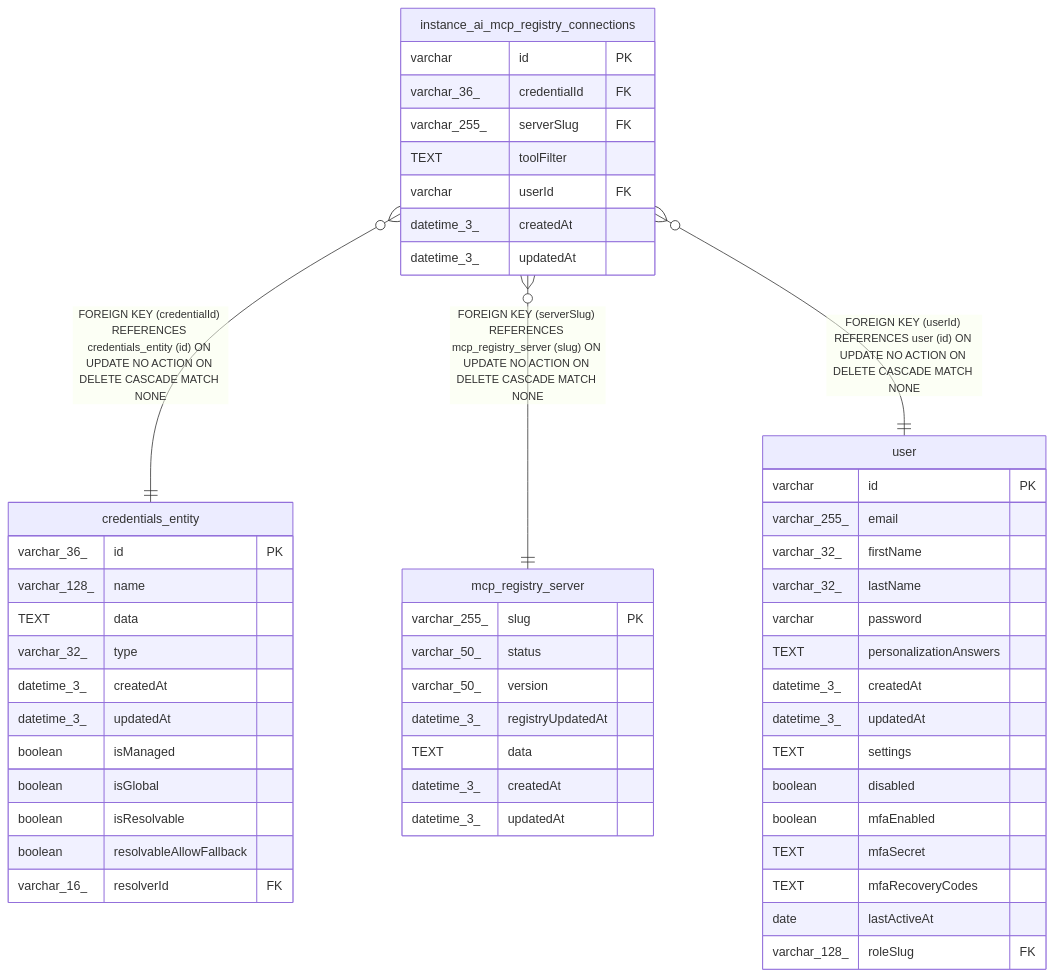
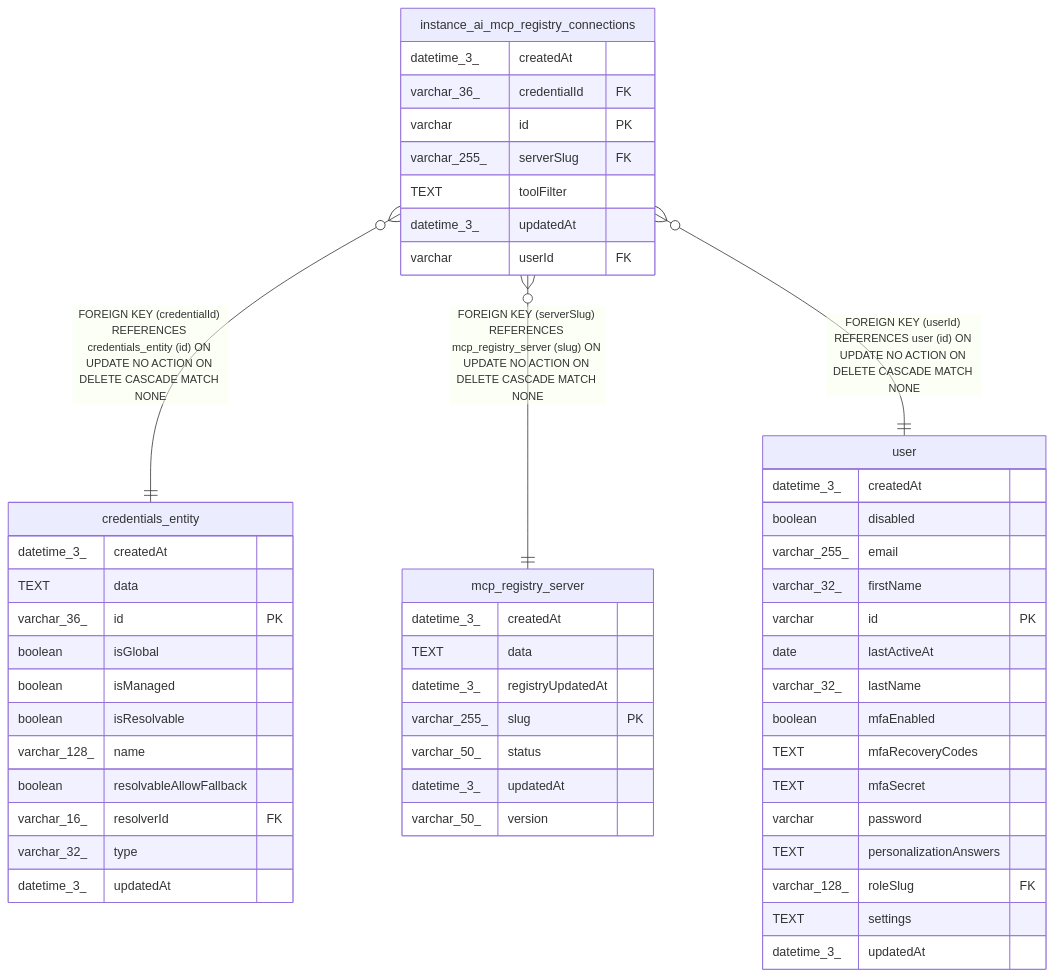
One commit to mayankjain1815-commits/n8n changed the diagram in docs/generated/sqlite-schema/instance_ai_mcp_registry_connections.md. Above: the diagram before and after it, drawn with Mermaid. The commit also changed other lines of this file and 221 other files, not shown here.

Commit message:
chore(core): Make DB schema docs generation deterministic (#32373)

````diff
--- a/docs/generated/sqlite-schema/instance_ai_mcp_registry_connections.md
+++ b/docs/generated/sqlite-schema/instance_ai_mcp_registry_connections.md
@@ -45,56 +45,56 @@
 ```mermaid
 erDiagram
 
 "instance_ai_mcp_registry_connections" }o--|| "credentials_entity" : "FOREIGN KEY (credentialId) REFERENCES credentials_entity (id) ON UPDATE NO ACTION ON DELETE CASCADE MATCH NONE"
 "instance_ai_mcp_registry_connections" }o--|| "mcp_registry_server" : "FOREIGN KEY (serverSlug) REFERENCES mcp_registry_server (slug) ON UPDATE NO ACTION ON DELETE CASCADE MATCH NONE"
 "instance_ai_mcp_registry_connections" }o--|| "user" : "FOREIGN KEY (userId) REFERENCES user (id) ON UPDATE NO ACTION ON DELETE CASCADE MATCH NONE"
 
 "instance_ai_mcp_registry_connections" {
+  datetime_3_ createdAt
+  varchar_36_ credentialId FK
   varchar id PK
-  varchar_36_ credentialId FK
   varchar_255_ serverSlug FK
   TEXT toolFilter
+  datetime_3_ updatedAt
   varchar userId FK
+}
+"credentials_entity" {
   datetime_3_ createdAt
+  TEXT data
+  varchar_36_ id PK
+  boolean isGlobal
+  boolean isManaged
+  boolean isResolvable
+  varchar_128_ name
+  boolean resolvableAllowFallback
+  varchar_16_ resolverId FK
+  varchar_32_ type
   datetime_3_ updatedAt
 }
-"credentials_entity" {
-  varchar_36_ id PK
-  varchar_128_ name
+"mcp_registry_server" {
+  datetime_3_ createdAt
   TEXT data
-  varchar_32_ type
-  datetime_3_ createdAt
-  datetime_3_ updatedAt
-  boolean isManaged
-  boolean isGlobal
-  boolean isResolvable
-  boolean resolvableAllowFallback
-  varchar_16_ resolverId FK
-}
-"mcp_registry_server" {
+  datetime_3_ registryUpdatedAt
   varchar_255_ slug PK
   varchar_50_ status
+  datetime_3_ updatedAt
   varchar_50_ version
-  datetime_3_ registryUpdatedAt
-  TEXT data
+}
+"user" {
   datetime_3_ createdAt
+  boolean disabled
+  varchar_255_ email
+  varchar_32_ firstName
+  varchar id PK
+  date lastActiveAt
+  varchar_32_ lastName
+  boolean mfaEnabled
+  TEXT mfaRecoveryCodes
+  TEXT mfaSecret
+  varchar password
+  TEXT personalizationAnswers
+  varchar_128_ roleSlug FK
+  TEXT settings
   datetime_3_ updatedAt
 }
-"user" {
-  varchar id PK
-  varchar_255_ email
-  varchar_32_ firstName
-  varchar_32_ lastName
-  varchar password
-  TEXT personalizationAnswers
-  datetime_3_ createdAt
-  datetime_3_ updatedAt
-  TEXT settings
-  boolean disabled
-  boolean mfaEnabled
-  TEXT mfaSecret
-  TEXT mfaRecoveryCodes
-  date lastActiveAt
-  varchar_128_ roleSlug FK
-}
 ```
````
